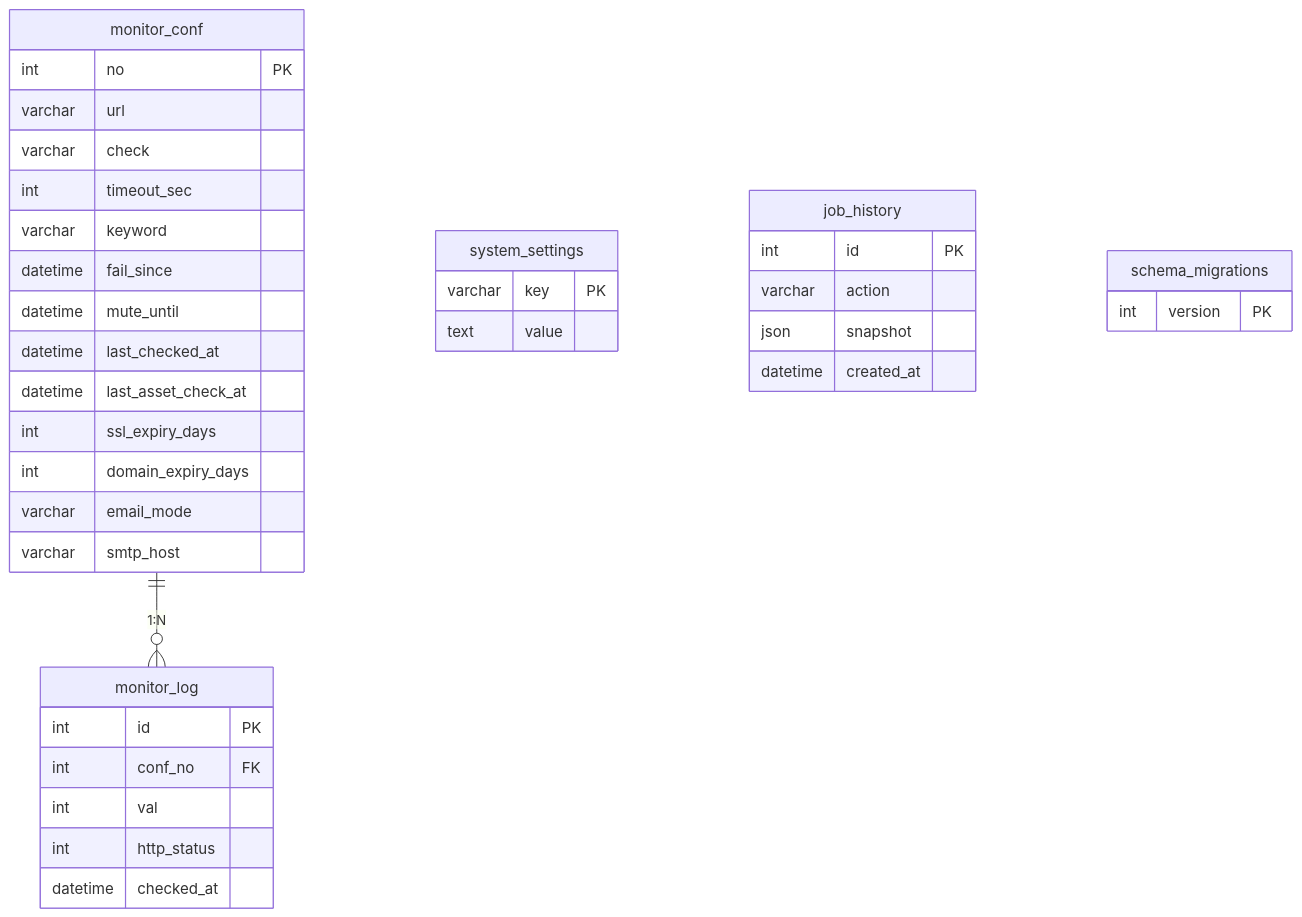
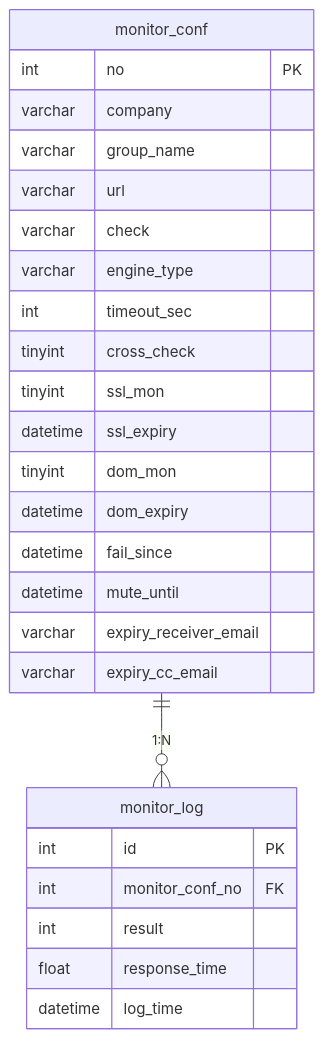
The second of 6 diagrams in docs/ARCHITECTURE.md (imtws/webmon), drawn with Mermaid before and after one commit.

````diff
--- a/docs/ARCHITECTURE.md
+++ b/docs/ARCHITECTURE.md
@@ -43,39 +43,29 @@
 ```mermaid
 erDiagram
     monitor_conf {
         int no PK
+        varchar company
+        varchar group_name
         varchar url
         varchar check
+        varchar engine_type
         int timeout_sec
-        varchar keyword
+        tinyint cross_check
+        tinyint ssl_mon
+        datetime ssl_expiry
+        tinyint dom_mon
+        datetime dom_expiry
         datetime fail_since
         datetime mute_until
-        datetime last_checked_at
-        datetime last_asset_check_at
-        int ssl_expiry_days
-        int domain_expiry_days
-        varchar email_mode
-        varchar smtp_host
+        varchar expiry_receiver_email
+        varchar expiry_cc_email
     }
     monitor_log {
         int id PK
-        int conf_no FK
-        int val
-        int http_status
-        datetime checked_at
-    }
-    system_settings {
-        varchar key PK
-        text value
-    }
-    job_history {
-        int id PK
-        varchar action
-        json snapshot
-        datetime created_at
-    }
-    schema_migrations {
-        int version PK
+        int monitor_conf_no FK
+        int result
+        float response_time
+        datetime log_time
     }
     monitor_conf ||--o{ monitor_log : "1:N"
 ```
````
